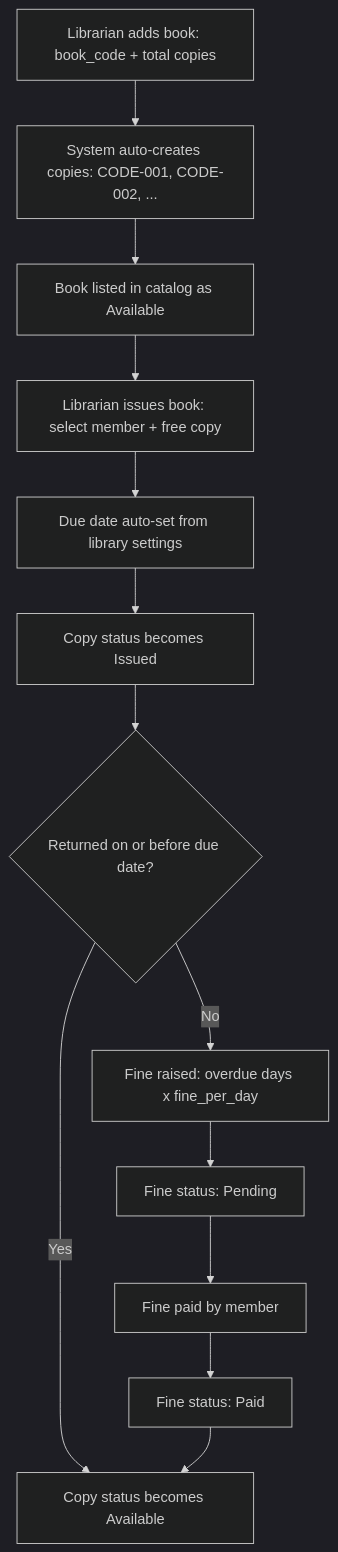
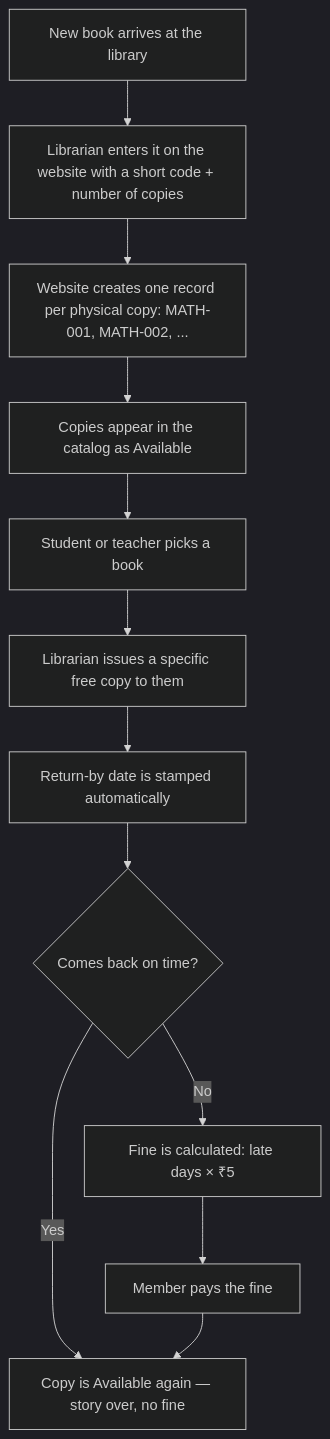
The second of 4 diagrams in FLOWCHART.md (Viveksharma8542/Libsys), drawn with Mermaid (dark theme) before and after one commit. The commit also changed other lines of this file, not shown here.

Commit message:
expand flowcharts: plain-English story, fine calc walkthrough, glossary

````diff
--- a/FLOWCHART.md
+++ b/FLOWCHART.md
@@ -86,15 +83,14 @@
 ```mermaid
 flowchart TD
-    A[Librarian adds book: book_code + total copies] --> B[System auto-creates copies: CODE-001, CODE-002, ...]
-    B --> C[Book listed in catalog as Available]
-    C --> D[Librarian issues book: select member + free copy]
-    D --> E[Due date auto-set from library settings]
-    E --> F[Copy status becomes Issued]
-    F --> G{Returned on or before due date?}
-    G -->|Yes| H[Copy status becomes Available]
-    G -->|No| I[Fine raised: overdue days x fine_per_day]
-    I --> J[Fine status: Pending]
-    J --> K[Fine paid by member]
-    K --> L[Fine status: Paid]
-    L --> H
+    A[New book arrives at the library] --> B[Librarian enters it on the website with a short code + number of copies]
+    B --> C[Website creates one record per physical copy: MATH-001, MATH-002, ...]
+    C --> D[Copies appear in the catalog as Available]
+    D --> E[Student or teacher picks a book]
+    E --> F[Librarian issues a specific free copy to them]
+    F --> G[Return-by date is stamped automatically]
+    G --> H{Comes back on time?}
+    H -->|Yes| I[Copy is Available again — story over, no fine]
+    H -->|No| J[Fine is calculated: late days × ₹5]
+    J --> K[Member pays the fine]
+    K --> I
 ```
````
